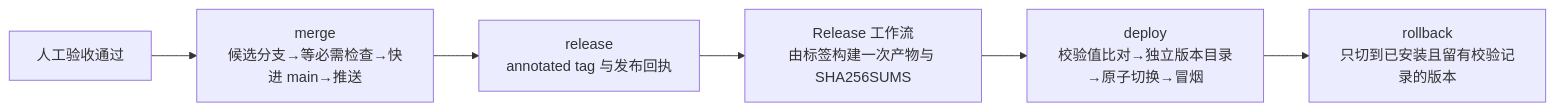
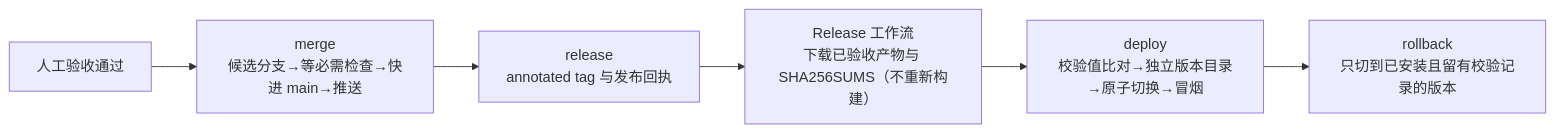
The fourth of 4 diagrams in docs/architecture.md (Lijiajin95/ForgeLoop), drawn with Mermaid before and after one commit. The commit also changed other lines of this file and 8 other files, not shown here.

````diff
--- a/docs/architecture.md
+++ b/docs/architecture.md
@@ -219,8 +219,8 @@
 ```mermaid
 flowchart LR
   Accept[人工验收通过] --> Merge[merge<br/>候选分支→等必需检查→快进 main→推送]
   Merge --> Release[release<br/>annotated tag 与发布回执]
-  Release --> Workflow[Release 工作流<br/>由标签构建一次产物与 SHA256SUMS]
+  Release --> Workflow[Release 工作流<br/>下载已验收产物与 SHA256SUMS（不重新构建）]
   Workflow --> Deploy[deploy<br/>校验值比对→独立版本目录→原子切换→冒烟]
   Deploy --> Rollback[rollback<br/>只切到已安装且留有校验记录的版本]
 ```
````
